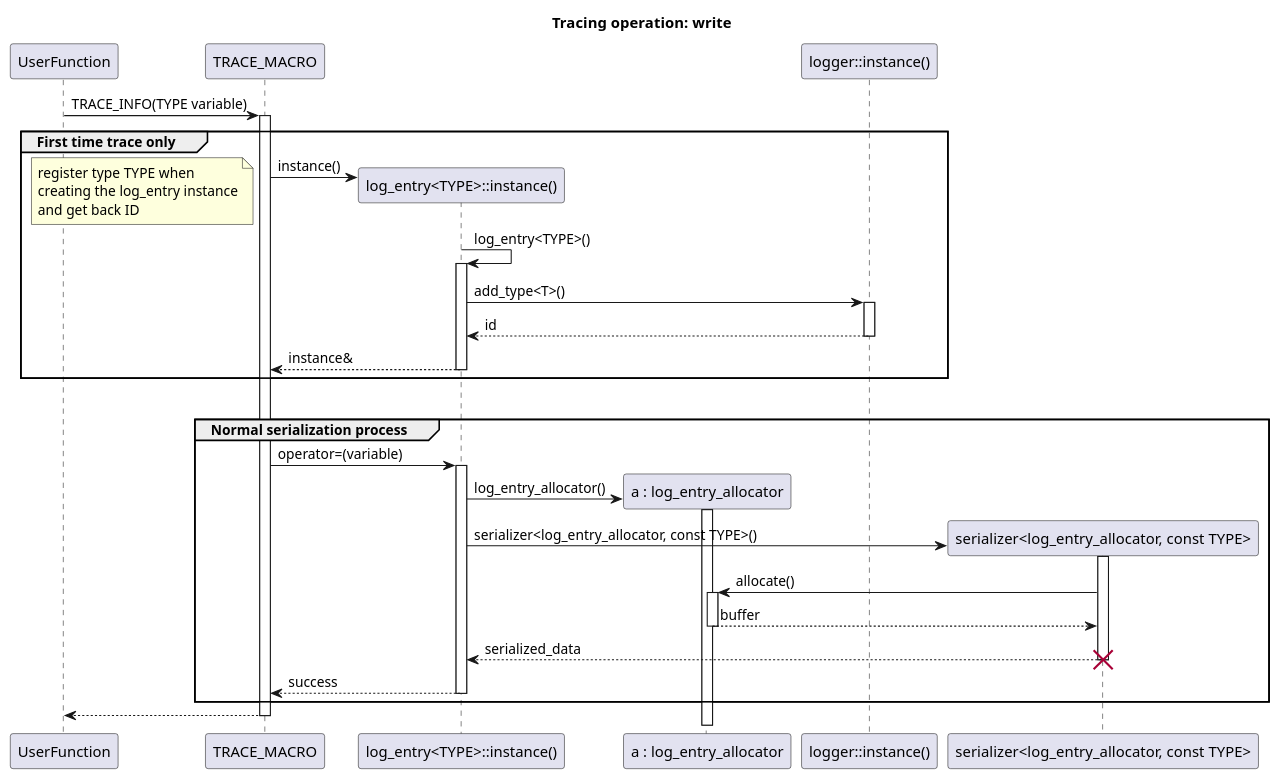
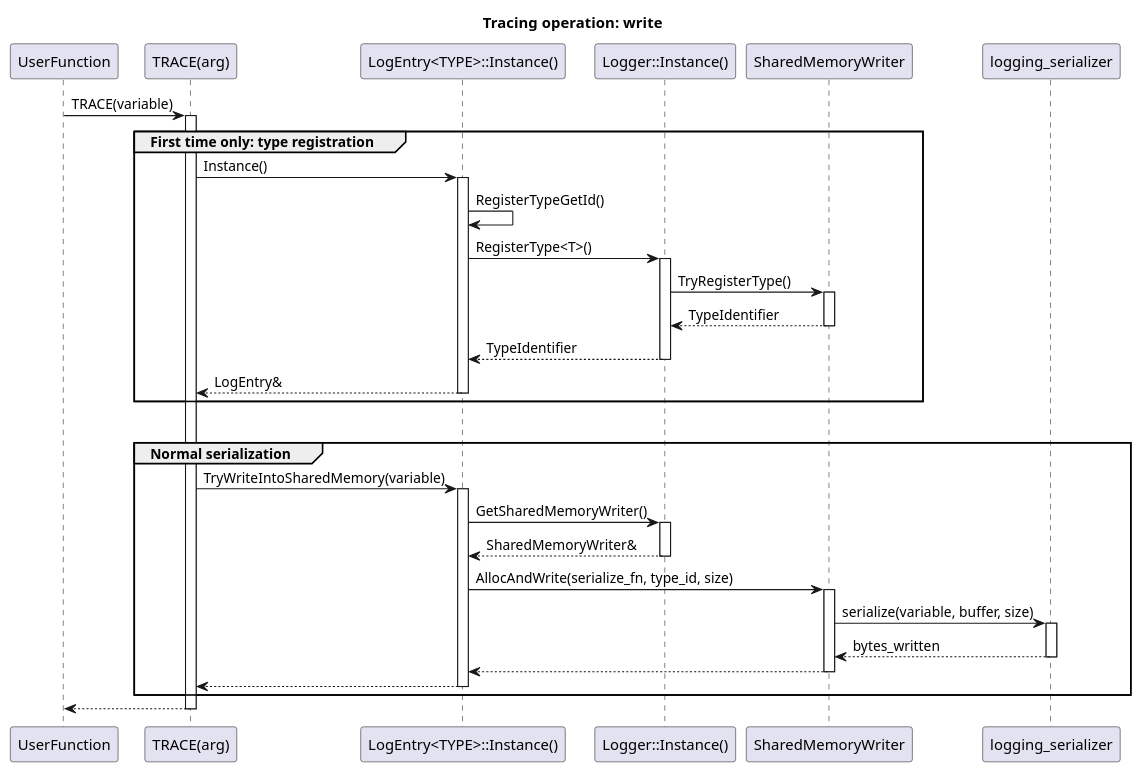
Before and after one commit to eclipse-score/logging: the diagram in score/datarouter/doc/design/uml/seq-trace.puml, drawn with PlantUML. The commit also changed 7 other files, not shown here.

```diff
--- a/score/datarouter/doc/design/uml/seq-trace.puml
+++ b/score/datarouter/doc/design/uml/seq-trace.puml
@@ -1,46 +1,39 @@
 @startuml
 
 title Tracing operation: write
 
 participant UserFunction
-participant TRACE_MACRO
-participant "log_entry<TYPE>::instance()" as log_entry
-participant "a : log_entry_allocator" as log_entry_allocator
-participant "logger::instance()" as loggerinst
-participant "serializer<log_entry_allocator, const TYPE>" as serializer
+participant "TRACE(arg)" as TRACE_FN
+participant "LogEntry<TYPE>::Instance()" as log_entry
+participant "Logger::Instance()" as loggerinst
+participant "SharedMemoryWriter" as shm_writer
+participant "logging_serializer" as serializer
 
-UserFunction -> TRACE_MACRO ++: TRACE_INFO(TYPE variable)
+UserFunction -> TRACE_FN ++: TRACE(variable)
 
-group First time trace only
-TRACE_MACRO -> log_entry ** : instance()
-note left
-register type TYPE when
-creating the log_entry instance
-and get back ID
-end note
-log_entry -> log_entry ++: log_entry<TYPE>()
-log_entry -> loggerinst ++: add_type<T>()
-log_entry <-- loggerinst-- : id
-log_entry --> TRACE_MACRO --: instance&
+group First time only: type registration
+TRACE_FN -> log_entry ++ : Instance()
+log_entry -> log_entry : RegisterTypeGetId()
+log_entry -> loggerinst ++ : RegisterType<T>()
+loggerinst -> shm_writer ++ : TryRegisterType()
+loggerinst <-- shm_writer -- : TypeIdentifier
+log_entry <-- loggerinst -- : TypeIdentifier
+log_entry --> TRACE_FN -- : LogEntry&
 end
 
 |||
 
-group Normal serialization process
-TRACE_MACRO -> log_entry ++: operator=(variable)
-log_entry -> log_entry_allocator** : log_entry_allocator()
-activate log_entry_allocator
-
-serializer <- log_entry **: serializer<log_entry_allocator, const TYPE>()
-activate serializer
-serializer -> log_entry_allocator++: allocate()
-serializer <-- log_entry_allocator--: buffer
-log_entry <-- serializer--: serialized_data
-destroy serializer
-
-TRACE_MACRO <-- log_entry --: success
+group Normal serialization
+TRACE_FN -> log_entry ++ : TryWriteIntoSharedMemory(variable)
+log_entry -> loggerinst ++ : GetSharedMemoryWriter()
+log_entry <-- loggerinst -- : SharedMemoryWriter&
+log_entry -> shm_writer ++ : AllocAndWrite(serialize_fn, type_id, size)
+shm_writer -> serializer ++ : serialize(variable, buffer, size)
+shm_writer <-- serializer -- : bytes_written
+log_entry <-- shm_writer --
+TRACE_FN <-- log_entry --
 end
 
-UserFunction <-- TRACE_MACRO--
+UserFunction <-- TRACE_FN --
 
 @enduml
```
